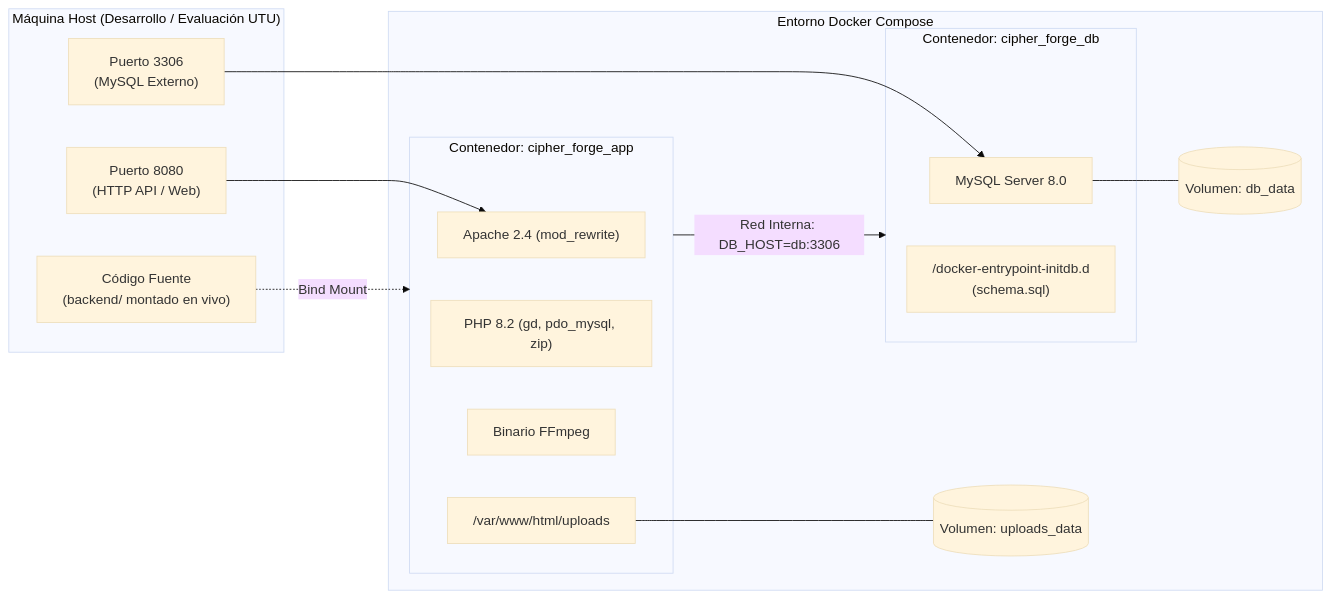
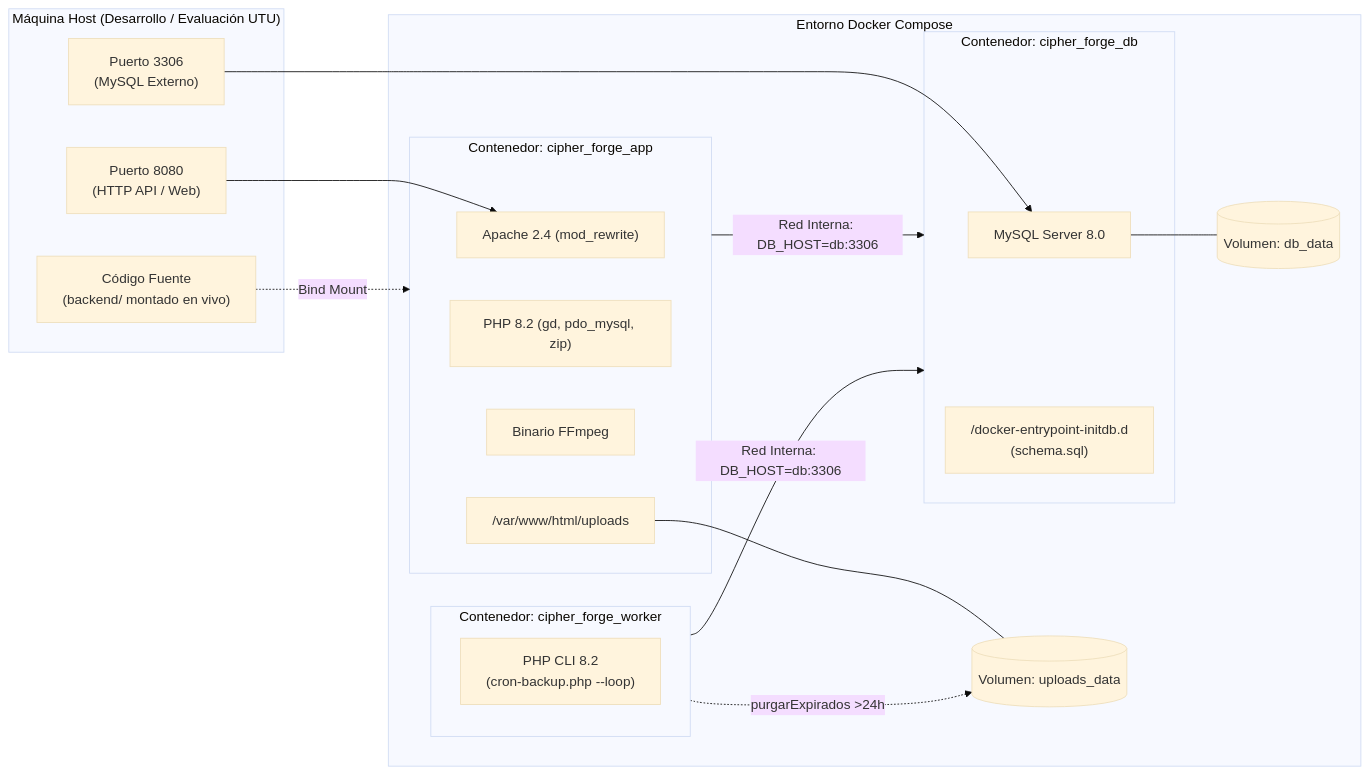
Before and after one commit to NicolasNegretto7/Cipher_Forge: the diagram in Gestion-fotografias/docs/infraestructura.md, drawn with Mermaid (base theme). The commit also changed other lines of this file and 20 other files, not shown here.

Commit message:
feat: implement backend authentication services, collaborative upload controller, database schema, and infrastructure containerization

````diff
--- a/Gestion-fotografias/docs/infraestructura.md
+++ b/Gestion-fotografias/docs/infraestructura.md
@@ -13,32 +13,38 @@
 ```mermaid
 graph LR
     subgraph Host ["Máquina Host (Desarrollo / Evaluación UTU)"]
         P8080["Puerto 8080\n(HTTP API / Web)"]
         P3306["Puerto 3306\n(MySQL Externo)"]
         CODE["Código Fuente\n(backend/ montado en vivo)"]
     end
 
     subgraph Docker ["Entorno Docker Compose"]
         subgraph AppContainer ["Contenedor: cipher_forge_app"]
             APACHE["Apache 2.4 (mod_rewrite)"]
             PHP["PHP 8.2 (gd, pdo_mysql, zip)"]
             FFMPEG["Binario FFmpeg"]
             UPLOADS_DIR["/var/www/html/uploads"]
         end
 
+        subgraph WorkerContainer ["Contenedor: cipher_forge_worker"]
+            WORKER["PHP CLI 8.2\n(cron-backup.php --loop)"]
+        end
+
         subgraph DBContainer ["Contenedor: cipher_forge_db"]
             MYSQL["MySQL Server 8.0"]
             INIT["/docker-entrypoint-initdb.d\n(schema.sql)"]
         end
 
         V_UPLOADS[("Volumen: uploads_data")]
         V_DB[("Volumen: db_data")]
     end
 
     P8080 --> APACHE
     P3306 --> MYSQL
     CODE -.->|Bind Mount| AppContainer
     AppContainer -->|Red Interna: DB_HOST=db:3306| DBContainer
+    WorkerContainer -->|Red Interna: DB_HOST=db:3306| DBContainer
+    WorkerContainer -.->|purgarExpirados >24h| V_UPLOADS
     UPLOADS_DIR --- V_UPLOADS
     MYSQL --- V_DB
 ```
````
